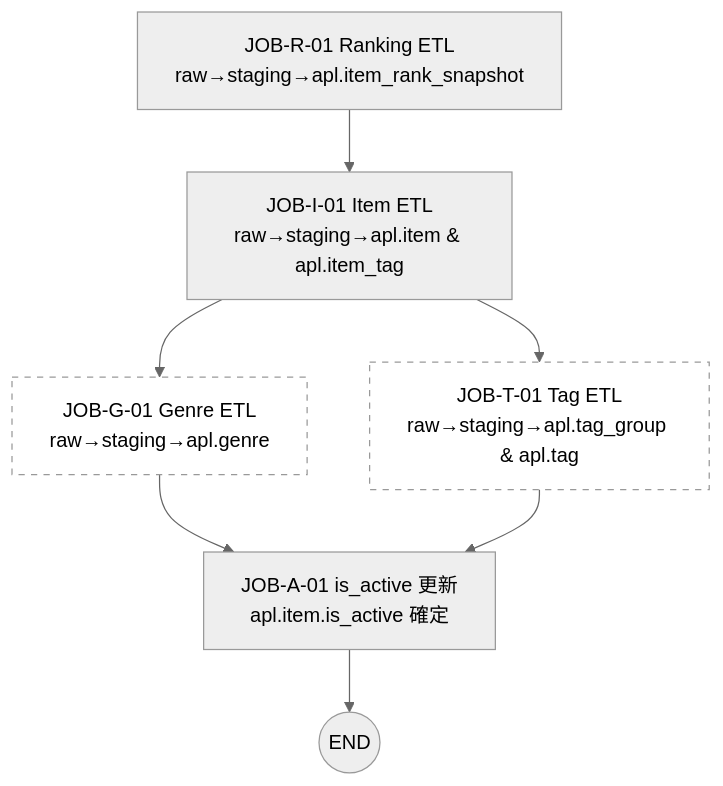
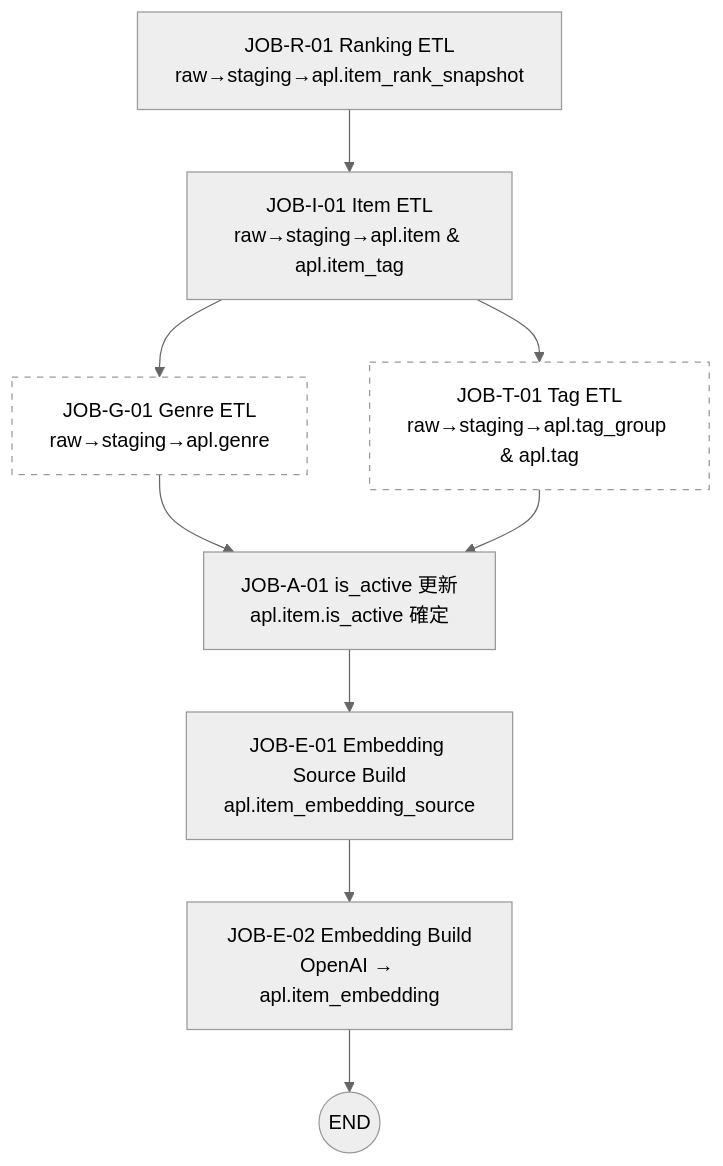
The third of 4 diagrams in apps/batch/etl/specs/common/共通アーキテクチャ図＋データフロー図.md (ryo-chan-k6/GiftRecommendAPP_MVP_CYCLE_2), drawn with Mermaid (neutral theme) before and after one commit. The commit also changed other lines of this file and 13 other files, not shown here.

````diff
--- a/apps/batch/etl/specs/common/共通アーキテクチャ図＋データフロー図.md
+++ b/apps/batch/etl/specs/common/共通アーキテクチャ図＋データフロー図.md
@@ -129,14 +133,16 @@
 ```mermaid
 flowchart TD
   R["JOB-R-01 Ranking ETL<br/>raw→staging→apl.item_rank_snapshot"] --> I["JOB-I-01 Item ETL<br/>raw→staging→apl.item & apl.item_tag"]
   I --> G["JOB-G-01 Genre ETL<br/>raw→staging→apl.genre"]
   I --> T["JOB-T-01 Tag ETL<br/>raw→staging→apl.tag_group & apl.tag"]
   G --> A["JOB-A-01 is_active 更新<br/>apl.item.is_active 確定"]
   T --> A
-  A --> END((END))
+  A --> ES["JOB-E-01 Embedding Source Build<br/>apl.item_embedding_source"]
+  ES --> EB["JOB-E-02 Embedding Build<br/>OpenAI → apl.item_embedding"]
+  EB --> END((END))
 
   %% parallel note
   classDef p fill:#fff,stroke:#999,stroke-dasharray: 5 5;
   class G,T p;
 
 ```
````
